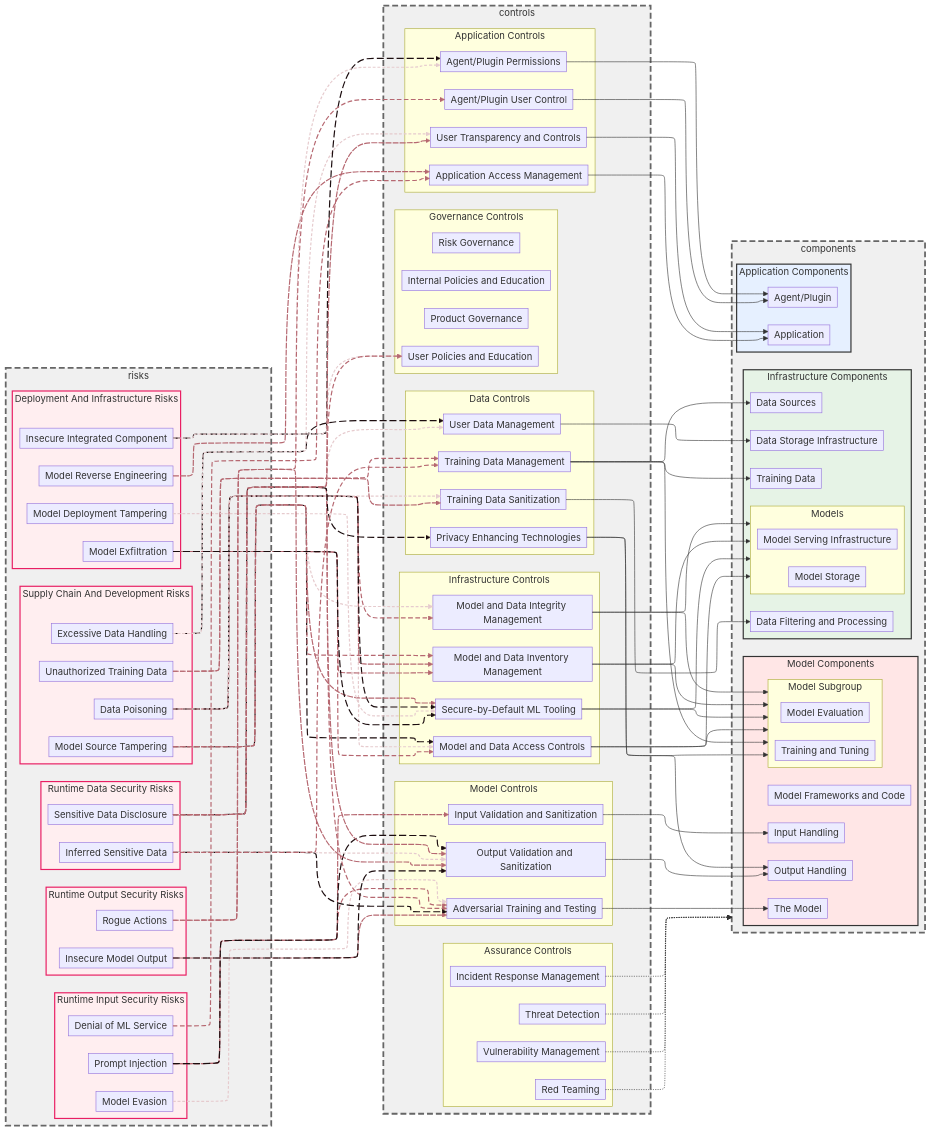
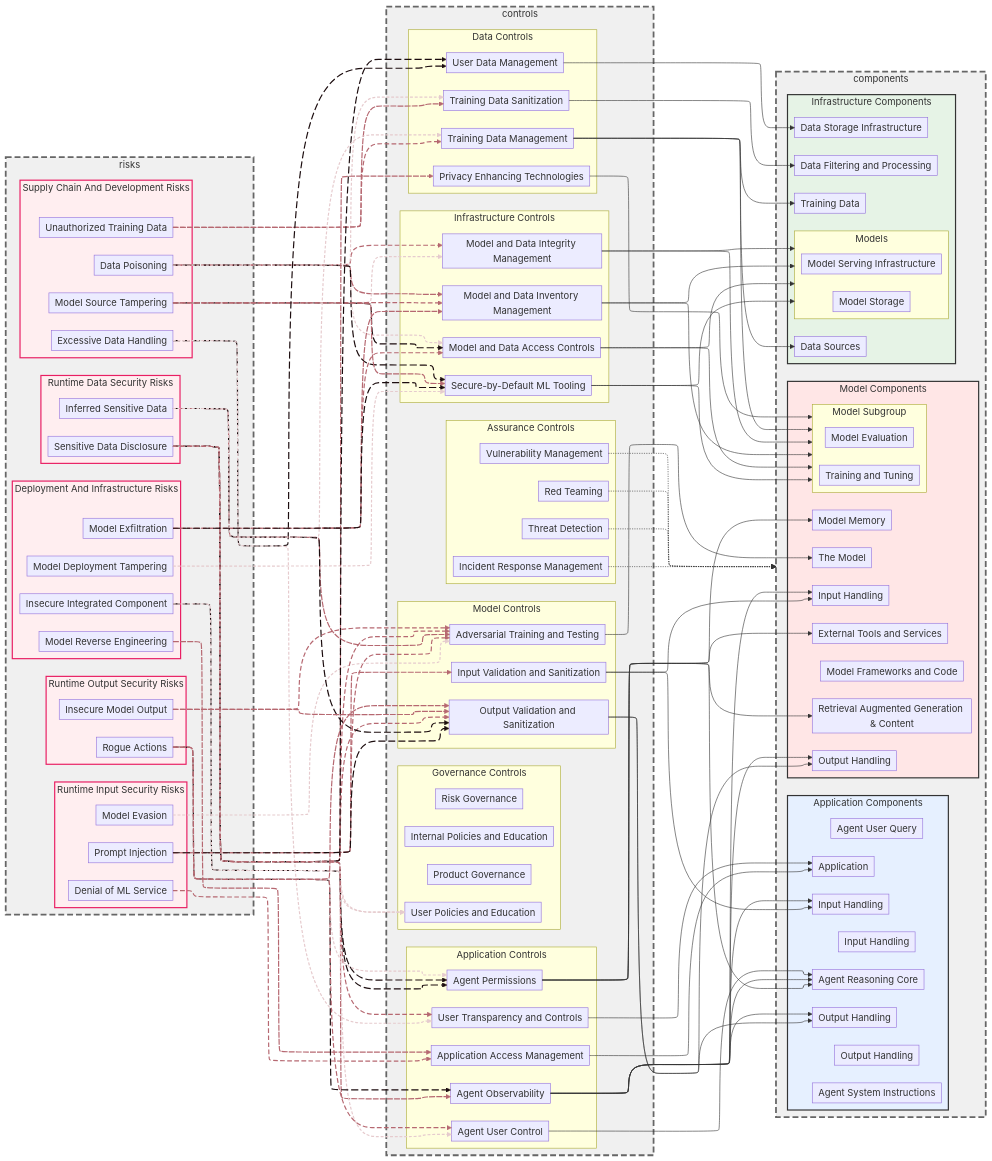
Before and after one commit to davidlabianca/secure-ai-tooling: the diagram in risk-map/docs/controls-to-risk-graph.mermaid, drawn with Mermaid. The commit also changed 8 other files, not shown here.

Commit message:
Regenerated graphs after rebase on main

```diff
--- a/risk-map/docs/controls-to-risk-graph.mermaid
+++ b/risk-map/docs/controls-to-risk-graph.mermaid
@@ -66,8 +66,9 @@
     end
 
     subgraph controlsApplication ["Application Controls"]
-        controlAgentPluginPermissions[Agent/Plugin Permissions]
-        controlAgentPluginUserControl[Agent/Plugin User Control]
+        controlAgentObservability[Agent Observability]
+        controlAgentPluginPermissions[Agent Permissions]
+        controlAgentPluginUserControl[Agent User Control]
         controlApplicationAccessManagement[Application Access Management]
         controlUserTransparencyAndControls[User Transparency and Controls]
     end
@@ -102,10 +103,13 @@
     end
 
     subgraph componentsModel ["Model Components"]
-        componentInputHandling[Input Handling]
+        componentMemory[Model Memory]
         componentModelFrameworksAndCode[Model Frameworks and Code]
-        componentOutputHandling[Output Handling]
+        componentOrchestrationInputHandling[Input Handling]
+        componentOrchestrationOutputHandling[Output Handling]
+        componentRAGContent[Retrieval Augmented Generation & Content]
         componentTheModel[The Model]
+        componentTools[External Tools and Services]
         subgraph componentsModelSubgroup ["Model Subgroup"]
             componentModelEvaluation[Model Evaluation]
             componentModelTrainingTuning[Training and Tuning]
@@ -113,8 +117,14 @@
     end
 
     subgraph componentsApplication ["Application Components"]
-        componentAgentPlugin[Agent/Plugin]
+        componentAgentInputHandling[Input Handling]
+        componentAgentOutputHandling[Output Handling]
+        componentAgentSystemInstruction[Agent System Instructions]
+        componentAgentUserQuery[Agent User Query]
         componentApplication[Application]
+        componentApplicationInputHandling[Input Handling]
+        componentApplicationOutputHandling[Output Handling]
+        componentReasoningCore[Agent Reasoning Core]
     end
 
     end
@@ -146,6 +156,9 @@
     PIJ --> controlOutputValidationAndSanitization
     MEV --> controlAdversarialTrainingAndTesting
     SDD --> controlAdversarialTrainingAndTesting
+    SDD --> controlAgentObservability
+    SDD --> controlAgentPluginPermissions
+    SDD --> controlAgentPluginUserControl
     SDD --> controlOutputValidationAndSanitization
     SDD --> controlPrivacyEnhancingTechnologies
     SDD --> controlUserDataManagement
@@ -156,12 +169,12 @@
     ISD --> controlTrainingDataManagement
     IMO --> controlAdversarialTrainingAndTesting
     IMO --> controlOutputValidationAndSanitization
+    RA --> controlAgentObservability
     RA --> controlAgentPluginPermissions
     RA --> controlAgentPluginUserControl
     RA --> controlOutputValidationAndSanitization
 
     %% Control to Component relationships (reused from ControlGraph)
-    controlPrivacyEnhancingTechnologies --> componentOutputHandling
     controlPrivacyEnhancingTechnologies --> componentsModelSubgroup
     controlTrainingDataManagement --> componentDataSources
     controlTrainingDataManagement --> componentTrainingData
@@ -176,23 +189,33 @@
     controlModelAndDataIntegrityManagement --> componentsModels
     controlSecureByDefaultMLTooling --> componentsModelSubgroup
     controlSecureByDefaultMLTooling --> componentsModels
-    controlInputValidationAndSanitization --> componentInputHandling
-    controlOutputValidationAndSanitization --> componentOutputHandling
+    controlInputValidationAndSanitization --> componentAgentInputHandling
+    controlInputValidationAndSanitization --> componentOrchestrationInputHandling
+    controlOutputValidationAndSanitization --> componentAgentOutputHandling
+    controlOutputValidationAndSanitization --> componentOrchestrationOutputHandling
     controlAdversarialTrainingAndTesting --> componentTheModel
     controlApplicationAccessManagement --> componentApplication
     controlUserTransparencyAndControls --> componentApplication
-    controlAgentPluginUserControl --> componentAgentPlugin
-    controlAgentPluginPermissions --> componentAgentPlugin
+    controlAgentPluginUserControl --> componentReasoningCore
+    controlAgentPluginPermissions --> componentMemory
+    controlAgentPluginPermissions --> componentRAGContent
+    controlAgentPluginPermissions --> componentReasoningCore
+    controlAgentPluginPermissions --> componentTools
     controlRedTeaming -.-> components
     controlVulnerabilityManagement -.-> components
     controlThreatDetection -.-> components
     controlIncidentResponseManagement -.-> components
+    controlAgentObservability --> componentAgentInputHandling
+    controlAgentObservability --> componentAgentOutputHandling
+    controlAgentObservability --> componentOrchestrationInputHandling
+    controlAgentObservability --> componentOrchestrationOutputHandling
+    controlAgentObservability --> componentReasoningCore
 
     %% Edge styling
-    linkStyle 0,4,8,12,16,20,24,28,32,36 stroke:#e6cbce,stroke-width:2px,stroke-dasharray: 5 3
-    linkStyle 1,5,9,13,17,21,25,29,33,37 stroke:#b66871,stroke-width:2px,stroke-dasharray: 8 4
-    linkStyle 2,6,10,14,18,22,26,30,34,38 stroke:#b66871,stroke-width:2px,stroke-dasharray: 10 2
-    linkStyle 3,7,11,15,19,23,27,31,35 stroke:#1c0d0f,stroke-width:2px,stroke-dasharray: 12 5
+    linkStyle 0,4,8,12,16,20,24,28,32,36,40 stroke:#e6cbce,stroke-width:2px,stroke-dasharray: 5 3
+    linkStyle 1,5,9,13,17,21,25,29,33,37,41 stroke:#b66871,stroke-width:2px,stroke-dasharray: 8 4
+    linkStyle 2,6,10,14,18,22,26,30,34,38,42 stroke:#b66871,stroke-width:2px,stroke-dasharray: 10 2
+    linkStyle 3,7,11,15,19,23,27,31,35,39 stroke:#1c0d0f,stroke-width:2px,stroke-dasharray: 12 5
 
 %% Node style definitions
     style risksSupplyChainAndDevelopment fill:#ffeef0,stroke:#e91e63,stroke-width:2px
```
